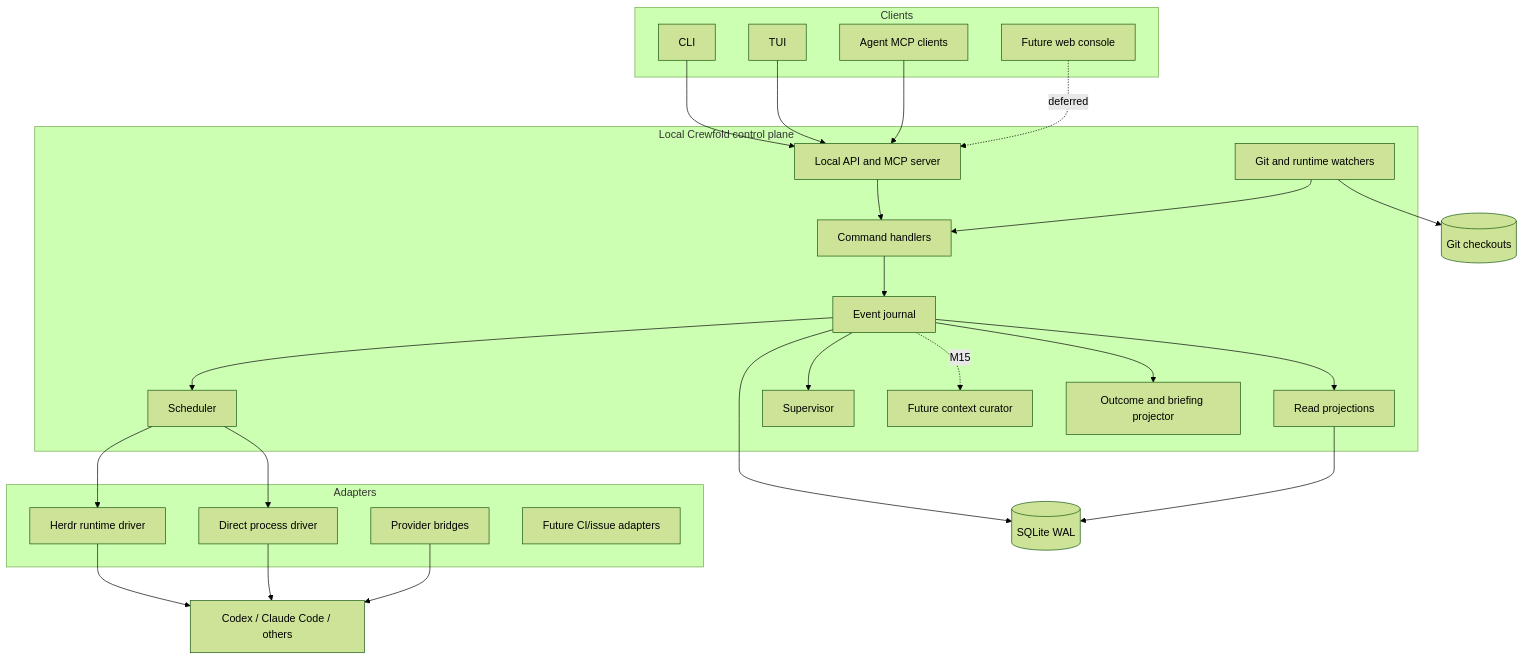
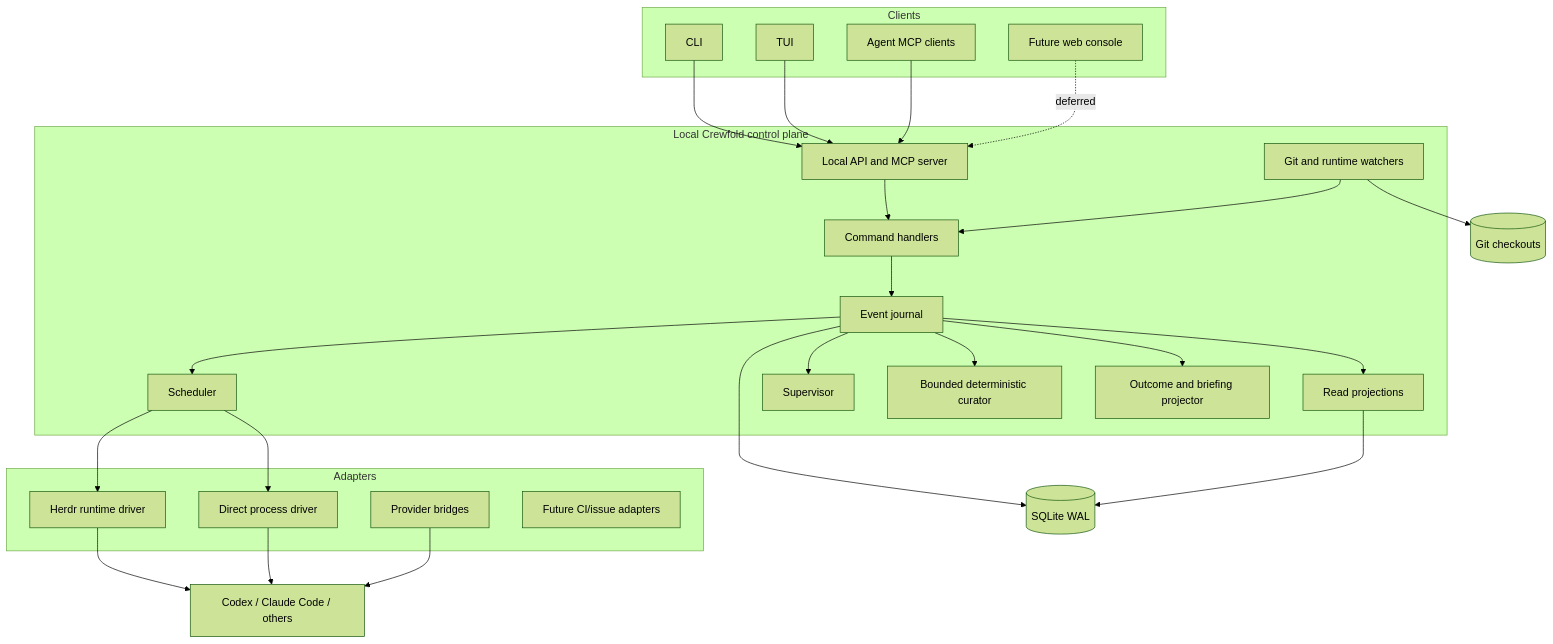
Before and after one commit to SvetlozarValchev/crewfold: the first of 2 diagrams in docs/architecture.md, drawn with Mermaid (forest theme). The commit also changed other lines of this file and 60 other files, not shown here.

Commit message:
Add bounded deterministic knowledge curator

````diff
--- a/docs/architecture.md
+++ b/docs/architecture.md
@@ -9,53 +9,53 @@
 ```mermaid
 flowchart TB
     subgraph Clients
         CLI[CLI]
         TUI[TUI]
         AgentMCP[Agent MCP clients]
         FutureWeb[Future web console]
     end
 
     subgraph ControlPlane[Local Crewfold control plane]
         API[Local API and MCP server]
         Commands[Command handlers]
         Journal[Event journal]
         Projections[Read projections]
         Scheduler[Scheduler]
         Supervisor[Supervisor]
-        FutureCurator[Future context curator]
+        Curator[Bounded deterministic curator]
         Outcomes[Outcome and briefing projector]
         Watchers[Git and runtime watchers]
     end
 
     subgraph Adapters
         HerdrDriver[Herdr runtime driver]
         DirectDriver[Direct process driver]
         ProviderBridge[Provider bridges]
         External[Future CI/issue adapters]
     end
 
     DB[(SQLite WAL)]
     Git[(Git checkouts)]
     Providers[Codex / Claude Code / others]
 
     CLI --> API
     TUI --> API
     AgentMCP --> API
     FutureWeb -. deferred .-> API
     API --> Commands
     Commands --> Journal
     Journal --> Projections
     Journal --> Scheduler
     Journal --> Supervisor
-    Journal -. M15 .-> FutureCurator
+    Journal --> Curator
     Journal --> Outcomes
     Watchers --> Commands
     Journal --> DB
     Projections --> DB
     Scheduler --> HerdrDriver
     Scheduler --> DirectDriver
     HerdrDriver --> Providers
     DirectDriver --> Providers
     ProviderBridge --> Providers
     Watchers --> Git
 ```
````
